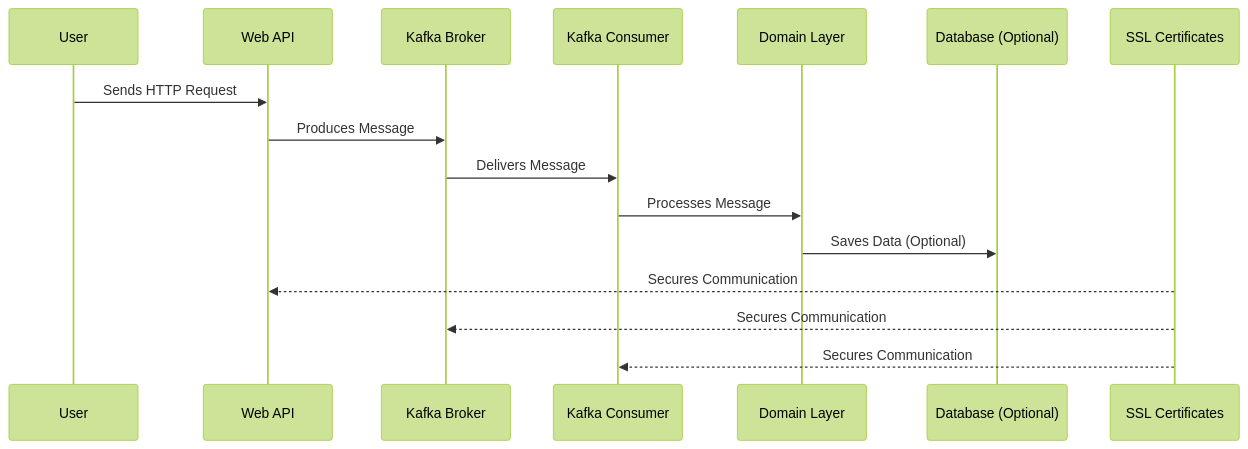
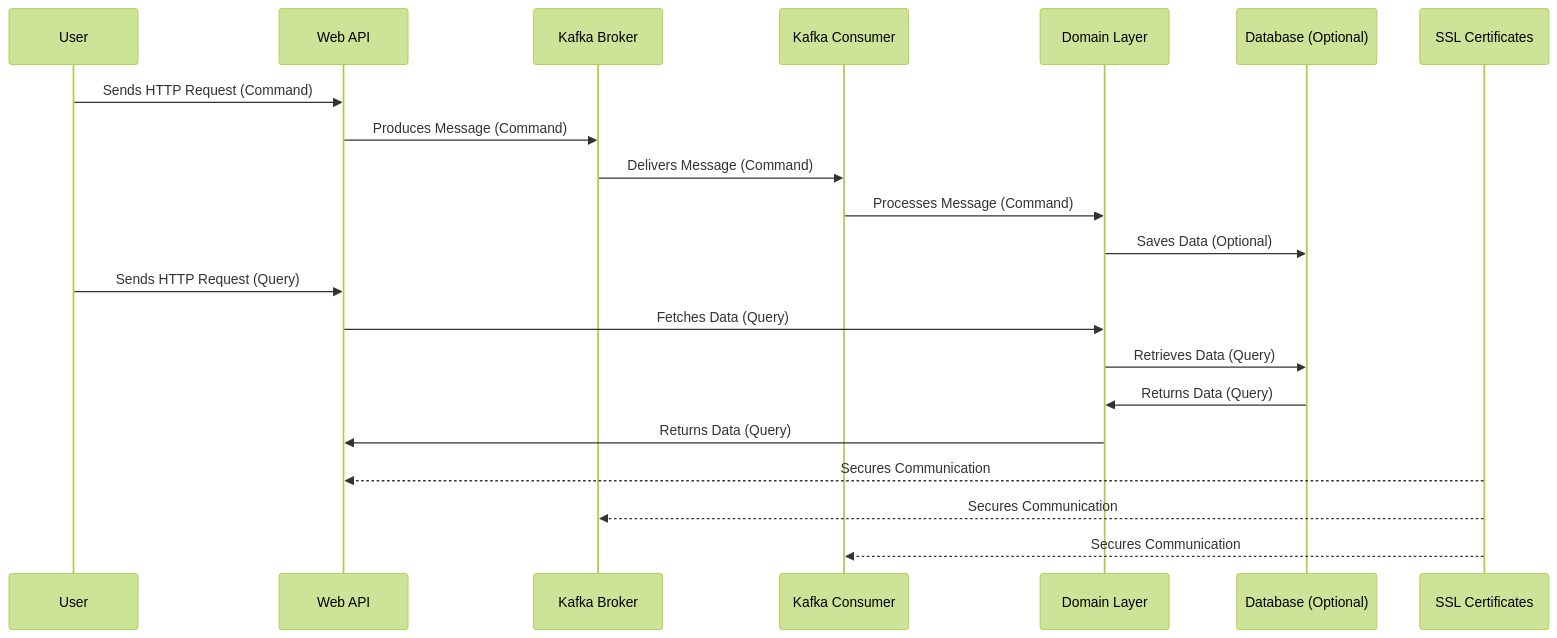
The diagram in README.md (jeff-gitcode/KafkaCleanArchitecture), drawn with Mermaid (forest theme) before and after one commit. The commit also changed other lines of this file, not shown here.

````diff
--- a/README.md
+++ b/README.md
@@ -28,19 +28,26 @@
 ```mermaid
 sequenceDiagram
     participant User as User
     participant WebAPI as Web API
     participant KafkaBroker as Kafka Broker
     participant KafkaConsumer as Kafka Consumer
     participant Domain as Domain Layer
     participant Database as Database (Optional)
     participant Certificates as SSL Certificates
 
-    User->>WebAPI: Sends HTTP Request
-    WebAPI->>KafkaBroker: Produces Message
-    KafkaBroker->>KafkaConsumer: Delivers Message
-    KafkaConsumer->>Domain: Processes Message
+    User->>WebAPI: Sends HTTP Request (Command)
+    WebAPI->>KafkaBroker: Produces Message (Command)
+    KafkaBroker->>KafkaConsumer: Delivers Message (Command)
+    KafkaConsumer->>Domain: Processes Message (Command)
     Domain->>Database: Saves Data (Optional)
+
+    User->>WebAPI: Sends HTTP Request (Query)
+    WebAPI->>Domain: Fetches Data (Query)
+    Domain->>Database: Retrieves Data (Query)
+    Database->>Domain: Returns Data (Query)
+    Domain->>WebAPI: Returns Data (Query)
+
     Certificates-->>WebAPI: Secures Communication
     Certificates-->>KafkaBroker: Secures Communication
     Certificates-->>KafkaConsumer: Secures Communication
 ```
````
